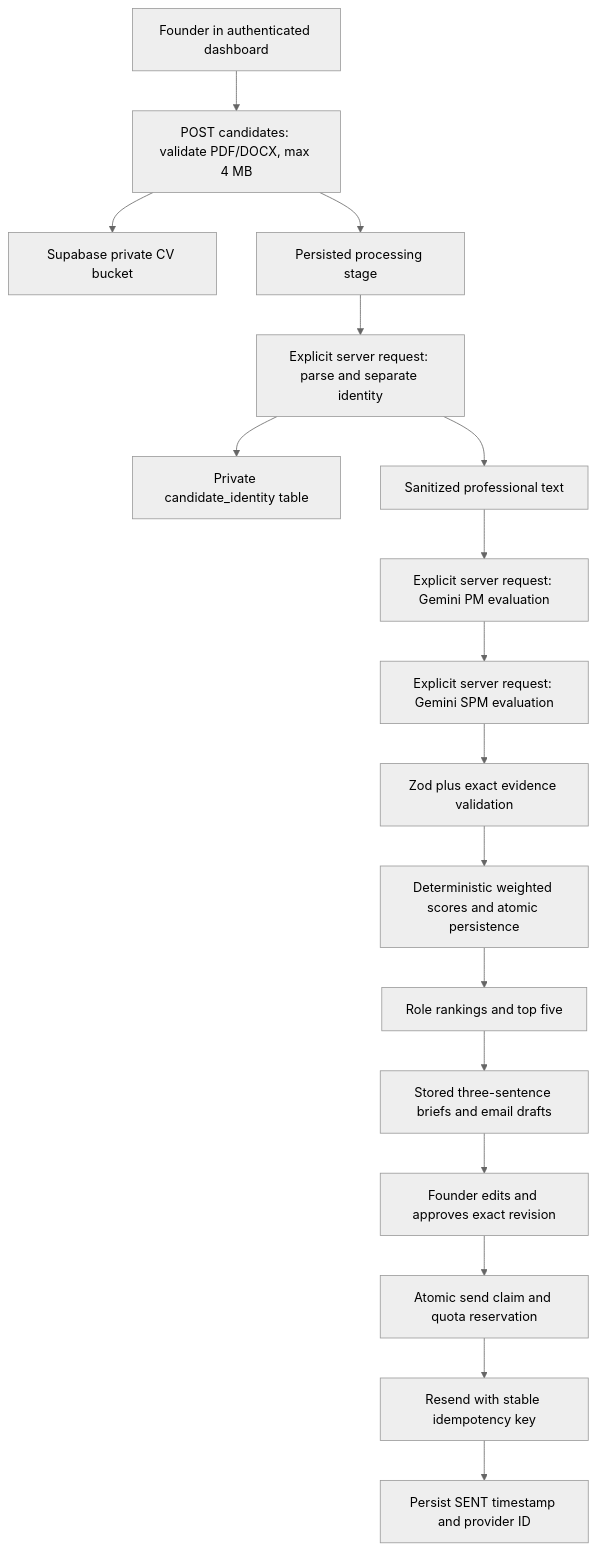
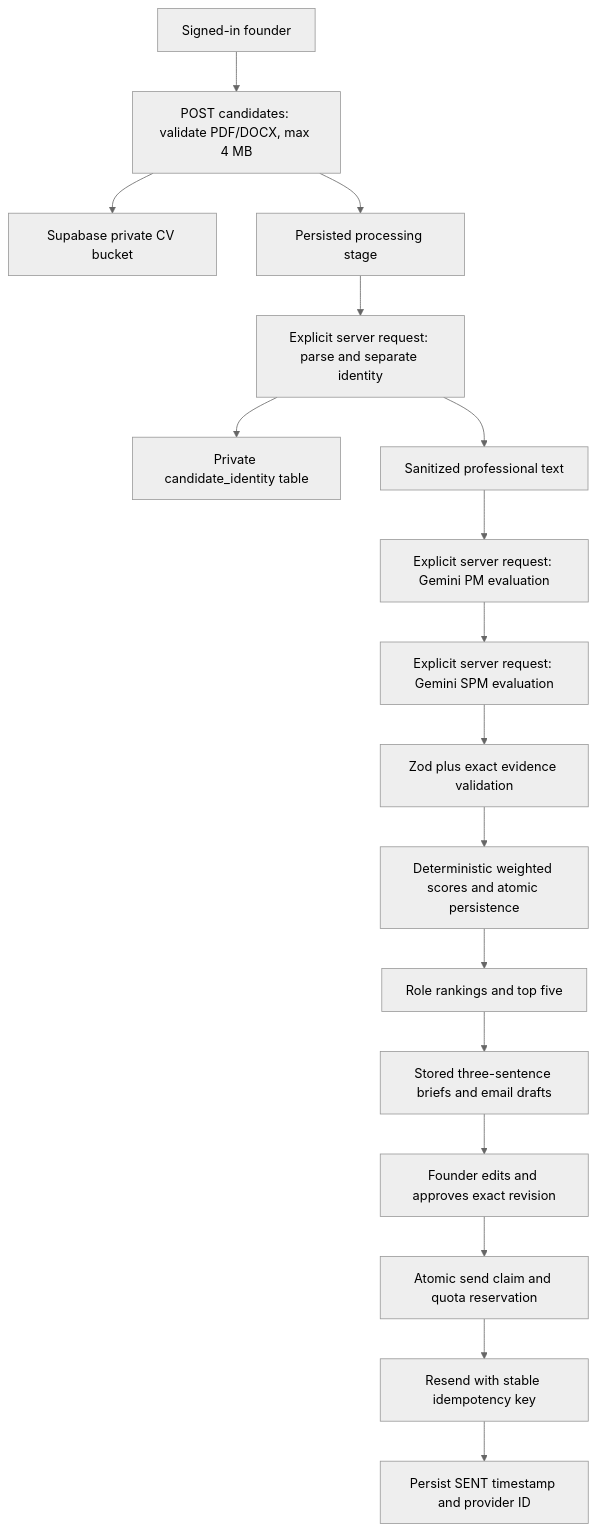
The diagram in README.md (bhushan/cv-ranker), drawn with Mermaid (neutral theme) before and after one commit. The commit also changed other lines of this file and 56 other files, not shown here.

````diff
--- a/README.md
+++ b/README.md
@@ -11,19 +13,19 @@
 ```mermaid
 flowchart TD
-  Founder[Founder in authenticated dashboard] --> Upload[POST candidates: validate PDF/DOCX, max 4 MB]
+  Founder[Signed-in founder] --> Upload[POST candidates: validate PDF/DOCX, max 4 MB]
   Upload --> Storage[Supabase private CV bucket]
   Upload --> Jobs[Persisted processing stage]
   Jobs --> Parse[Explicit server request: parse and separate identity]
   Parse --> Identity[Private candidate_identity table]
   Parse --> Clean[Sanitized professional text]
   Clean --> PM[Explicit server request: Gemini PM evaluation]
   PM --> SPM[Explicit server request: Gemini SPM evaluation]
   SPM --> Validate[Zod plus exact evidence validation]
   Validate --> Scores[Deterministic weighted scores and atomic persistence]
   Scores --> Rank[Role rankings and top five]
   Rank --> Drafts[Stored three-sentence briefs and email drafts]
   Drafts --> Review[Founder edits and approves exact revision]
   Review --> Claim[Atomic send claim and quota reservation]
   Claim --> Resend[Resend with stable idempotency key]
   Resend --> Sent[Persist SENT timestamp and provider ID]
 ```
````
